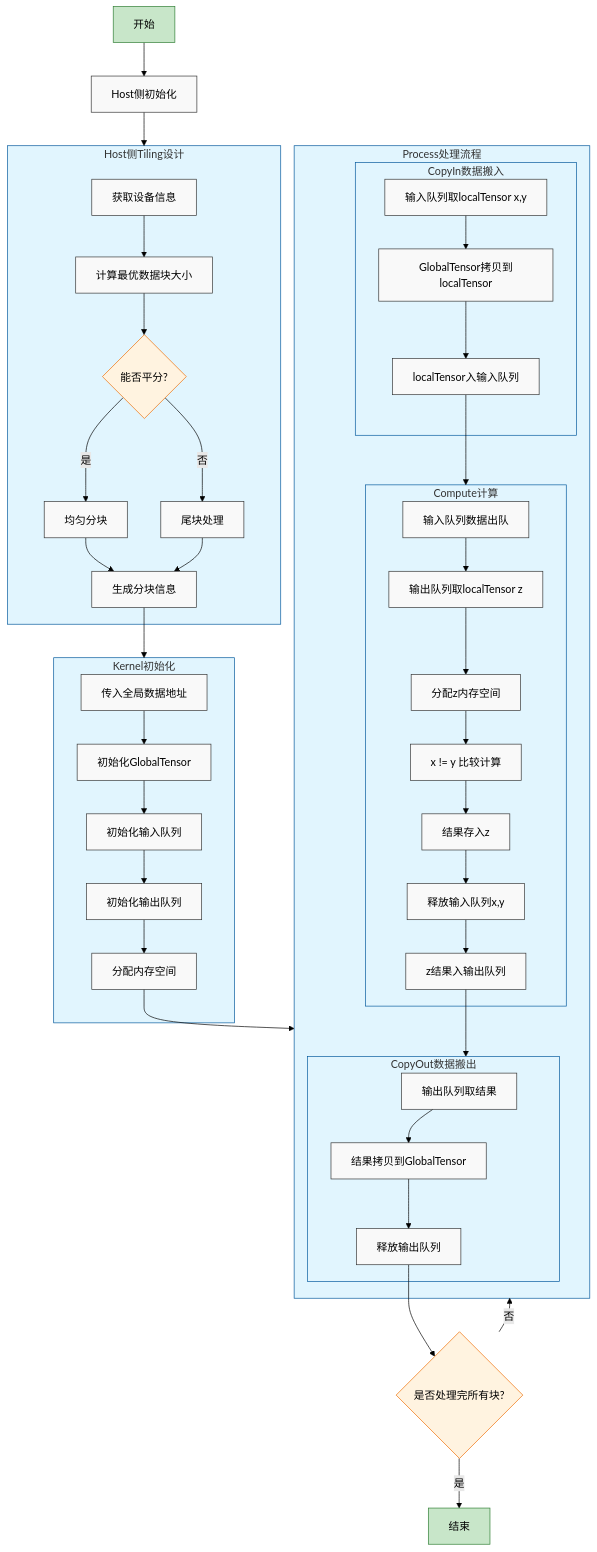
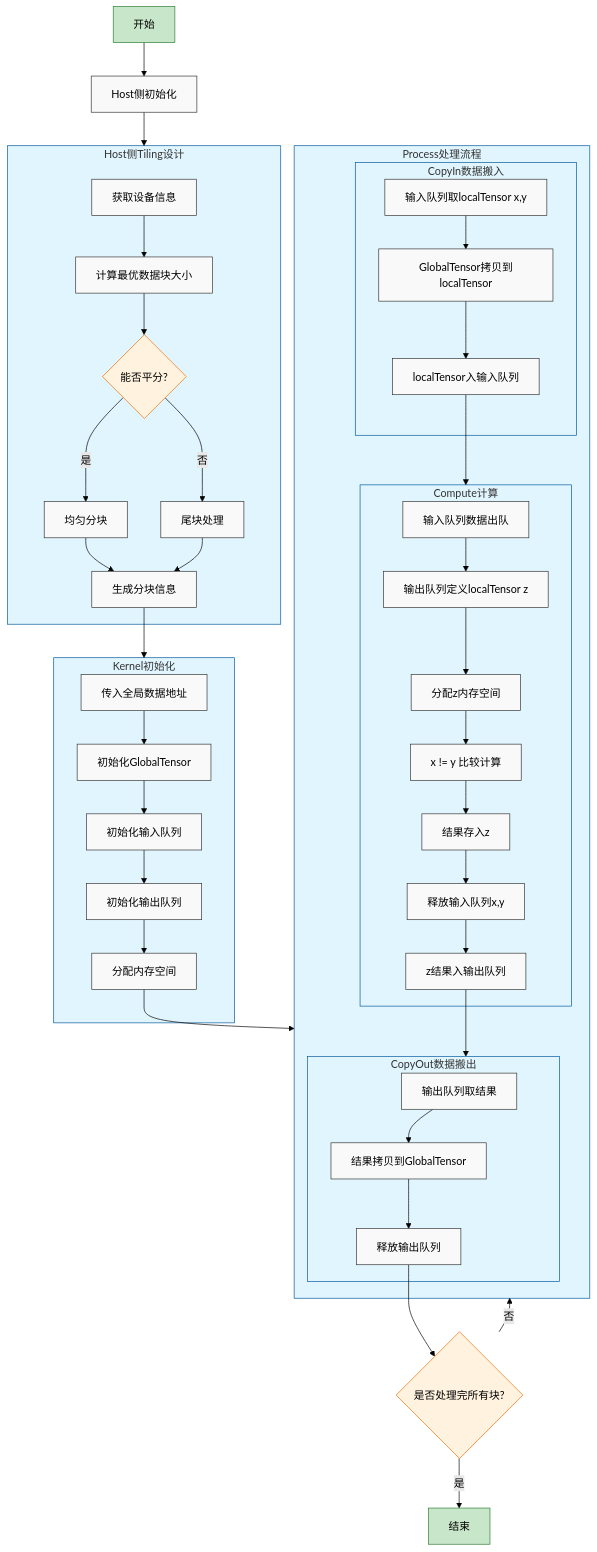
Before and after one commit to IceT5/math: the second of 2 diagrams in experimental/math/not_equal/docs/aclnnNotEqual.md, drawn with Mermaid (forest theme).

Commit message:
update: 更新文件 aclnnNotEqual.md

````diff
--- a/experimental/math/not_equal/docs/aclnnNotEqual.md
+++ b/experimental/math/not_equal/docs/aclnnNotEqual.md
@@ -123,68 +123,68 @@
 ```mermaid
 graph TD
     A[开始] --> B[Host侧初始化]
     B --> C[Tiling设计]
     
     subgraph C [Host侧Tiling设计]
         C1[获取设备信息] --> C2[计算最优数据块大小]
         C2 --> C3{能否平分?}
         C3 -->|是| C4[均匀分块]
         C3 -->|否| C5[尾块处理]
         C4 --> C6[生成分块信息]
         C5 --> C6
     end
     
     C6 --> D[Kernel侧Init阶段]
     
     subgraph D [Kernel初始化]
         D1[传入全局数据地址] --> D2[初始化GlobalTensor]
         D2 --> D3[初始化输入队列]
         D3 --> D4[初始化输出队列]
         D4 --> D5[分配内存空间]
     end
     
     D5 --> E[Process阶段]
     
     subgraph E [Process处理流程]
         F[CopyIn阶段]
         G[Compute阶段]
         H[CopyOut阶段]
         
         subgraph F [CopyIn数据搬入]
             F1[输入队列取localTensor x,y] --> F2[GlobalTensor拷贝到localTensor]
             F2 --> F3[localTensor入输入队列]
         end
         
         F3 --> G
         
         subgraph G [Compute计算]
-            G1[输入队列数据出队] --> G2[输出队列取localTensor z]
+            G1[输入队列数据出队] --> G2[输出队列定义localTensor z]
             G2 --> G3[分配z内存空间]
             G3 --> G4[x != y 比较计算]
             G4 --> G5[结果存入z]
             G5 --> G6[释放输入队列x,y]
             G6 --> G7[z结果入输出队列]
         end
         
         G7 --> H
         
         subgraph H [CopyOut数据搬出]
             H1[输出队列取结果] --> H2[结果拷贝到GlobalTensor]
             H2 --> H3[释放输出队列]
         end
     end
     
     H3 --> I{是否处理完所有块?}
     I -->|否| E
     I -->|是| J[结束]
     
     %% 样式定义
     classDef default fill:#f9f9f9,stroke:#333,stroke-width:1px;
     classDef process fill:#e1f5fe,stroke:#01579b,stroke-width:1px;
     classDef decision fill:#fff3e0,stroke:#ef6c00,stroke-width:1px;
     classDef startEnd fill:#c8e6c9,stroke:#2e7d32,stroke-width:1px;
     
     class A,J startEnd;
     class C3,I decision;
     class C,D,E,F,G,H process;
 ```
````
